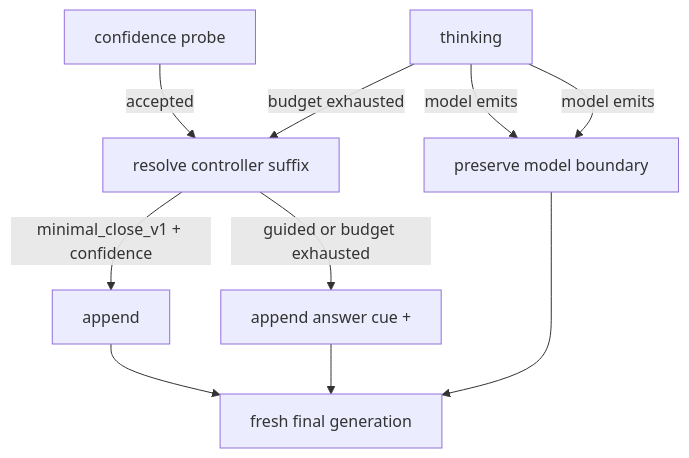
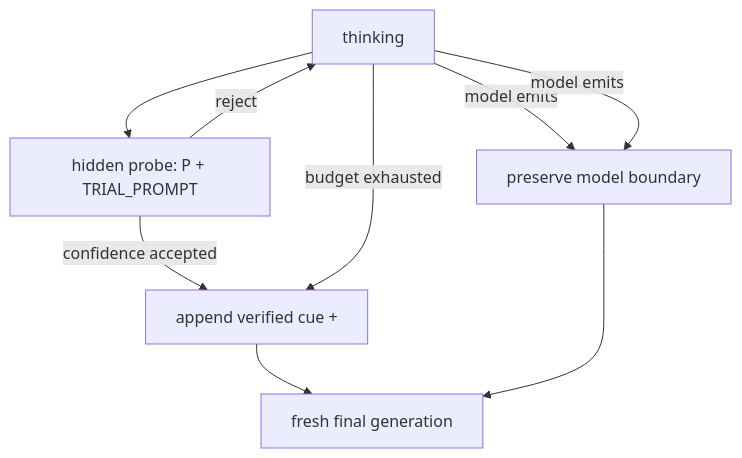
The first of 2 diagrams in docs/design/think_budget_finalization_compatibility.md (F00L42/TB), drawn with Mermaid before and after one commit. The commit also changed other lines of this file and 10 other files, not shown here.

Commit message:
refactor: use answer cue even when confidence_accepted

````diff
--- a/docs/design/think_budget_finalization_compatibility.md
+++ b/docs/design/think_budget_finalization_compatibility.md
@@ -113,12 +80,11 @@
 ```mermaid
 flowchart TD
-    P["confidence probe"] -->|"accepted"| R["resolve controller suffix"]
-    T["thinking"] -->|"budget exhausted"| R
+    T["thinking"] --> P["hidden probe: P + TRIAL_PROMPT"]
+    P -->|"reject"| T
+    P -->|"confidence accepted"| G["append verified cue + </think>"]
+    T -->|"budget exhausted"| G
     T -->|"model emits </think>"| M["preserve model boundary"]
     T -->|"model emits <tool_call>"| M
-    R -->|"minimal_close_v1 + confidence"| N["append </think>"]
-    R -->|"guided or budget exhausted"| G["append answer cue + </think>"]
-    N --> F["fresh final generation"]
-    G --> F
+    G --> F["fresh final generation"]
     M --> F
 ```
````
